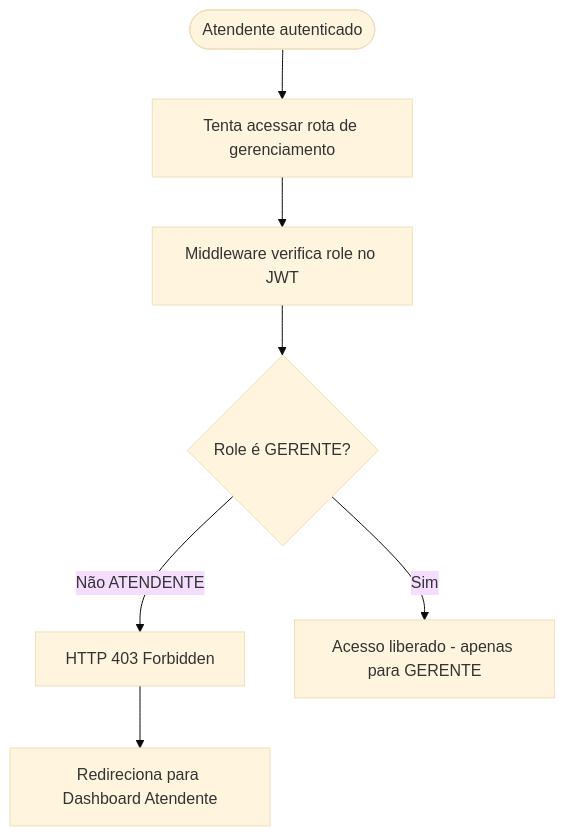
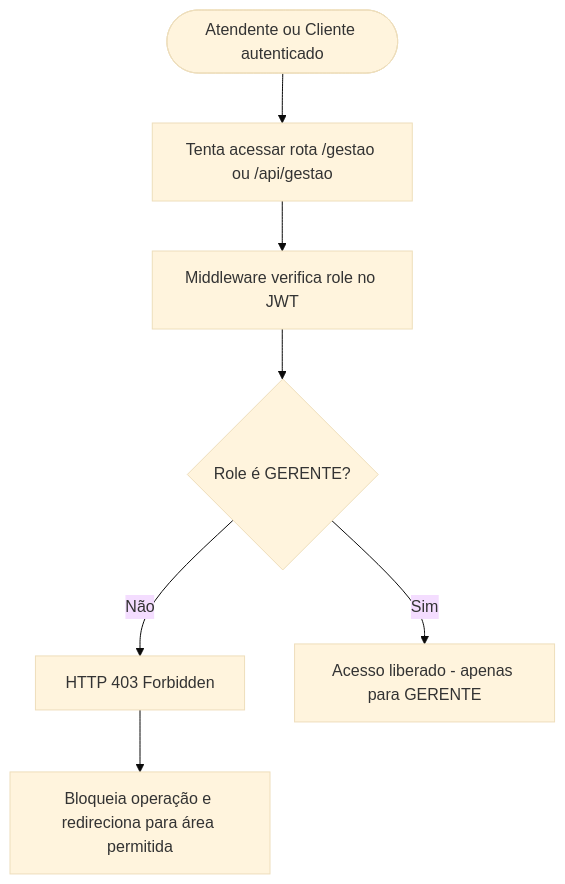
Before and after one commit to CINESOFT-SOLUTIONS/manual-processos-software: the tenth of 11 diagrams in specs/architecture/ux-design.md, drawn with Mermaid (base theme). The commit also changed other lines of this file and 16 other files, not shown here.

````diff
--- a/specs/architecture/ux-design.md
+++ b/specs/architecture/ux-design.md
@@ -193,9 +193,9 @@
 ```mermaid
 flowchart TD
-    A([Atendente autenticado]) --> B[Tenta acessar rota de gerenciamento]
+    A([Atendente ou Cliente autenticado]) --> B[Tenta acessar rota /gestao ou /api/gestao]
     B --> C[Middleware verifica role no JWT]
     C --> D{Role é GERENTE?}
-    D -- Não ATENDENTE --> E[HTTP 403 Forbidden]
-    E --> F[Redireciona para Dashboard Atendente]
+    D -- Não --> E[HTTP 403 Forbidden]
+    E --> F[Bloqueia operação e redireciona para área permitida]
     D -- Sim --> G[Acesso liberado - apenas para GERENTE]
 ```
````
